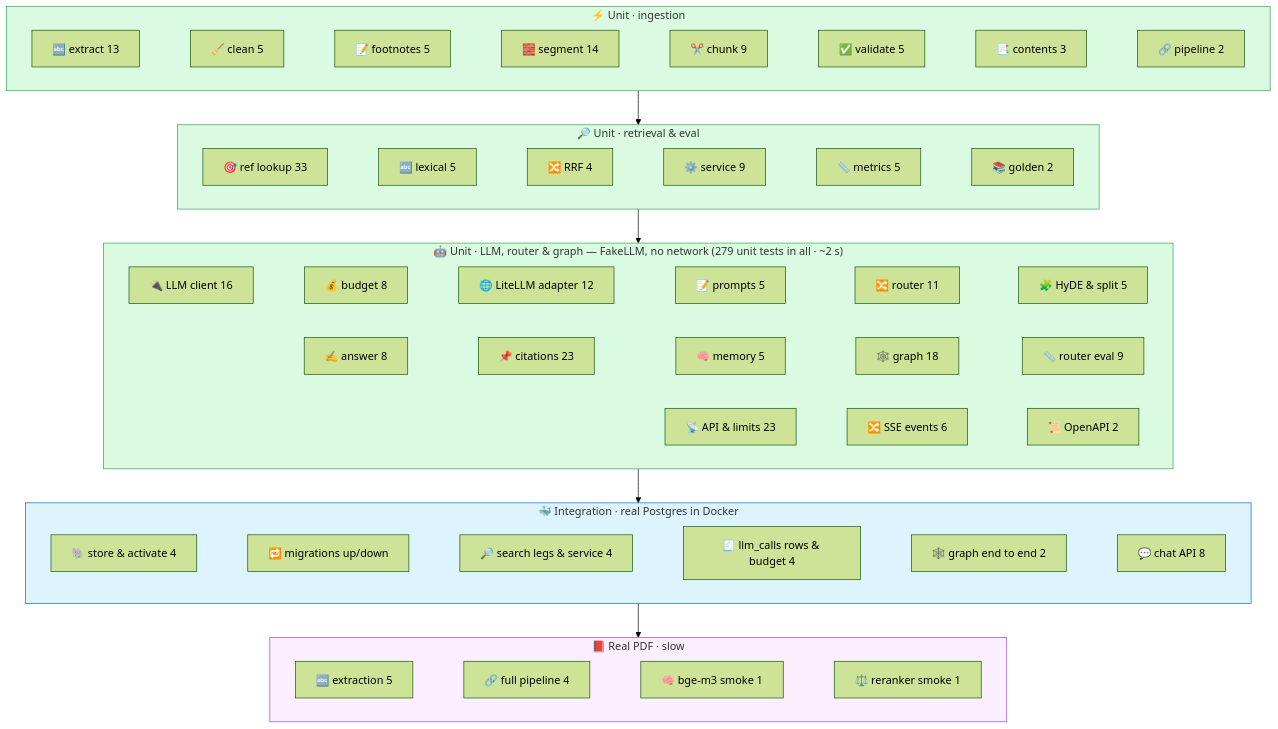
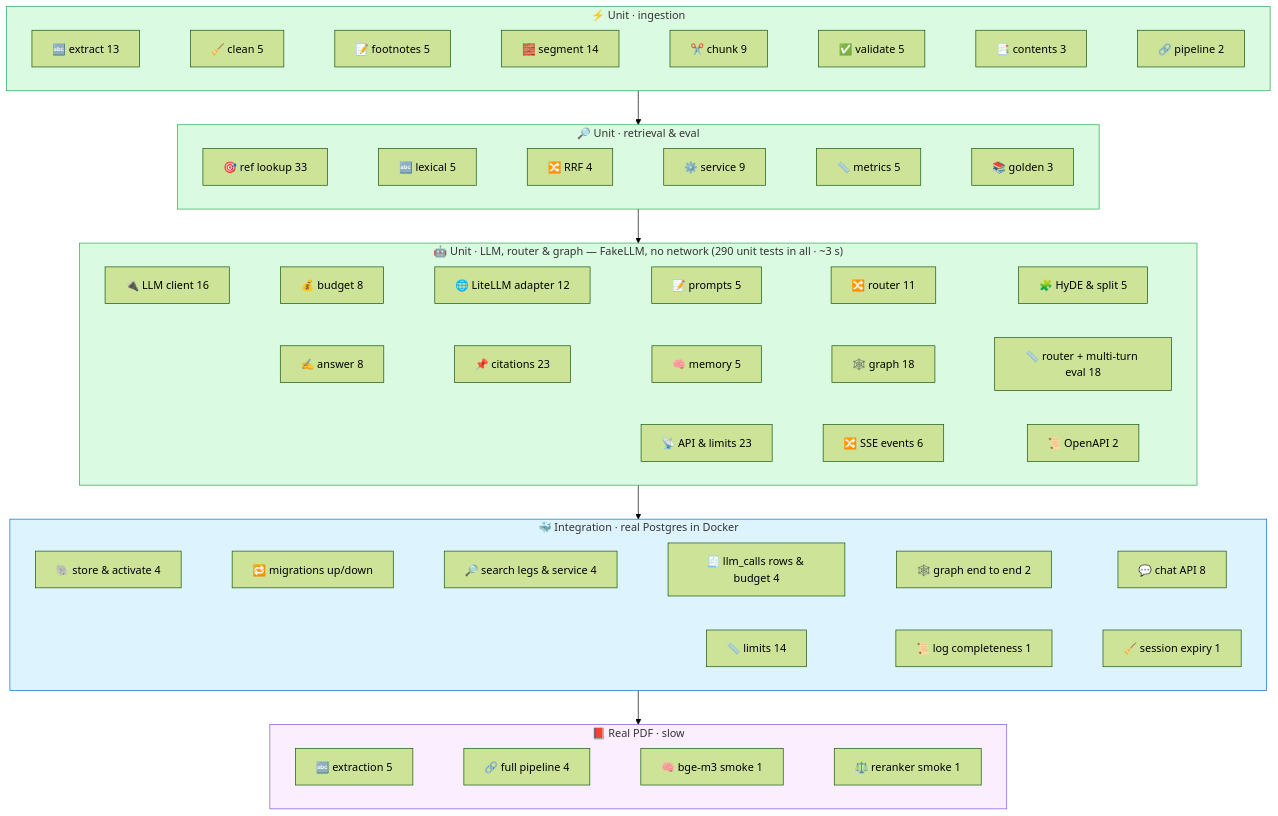
Before and after one commit to sshubham07/anuchhed-ai: the diagram in docs/diagrams/tests.mmd, drawn with Mermaid (forest theme). The commit also changed 35 other files, not shown here.

First line of the commit message:
feat(api): session expiry, multi-turn router eval, log completeness and limit tests (P5.9–P5.12)

```diff
--- a/docs/diagrams/tests.mmd
+++ b/docs/diagrams/tests.mmd
@@ -1,29 +1,30 @@
 flowchart TB
     subgraph U ["⚡ Unit · ingestion"]
         direction LR
         u1["🔤 extract 13"] ~~~ u2["🧹 clean 5"] ~~~ u3["📝 footnotes 5"] ~~~ u4["🧱 segment 14"] ~~~ u5["✂️ chunk 9"] ~~~ u6["✅ validate 5"] ~~~ u7["📑 contents 3"] ~~~ u8["🔗 pipeline 2"]
     end
     subgraph UR ["🔎 Unit · retrieval & eval"]
         direction LR
-        v1["🎯 ref lookup 33"] ~~~ v2["🔤 lexical 5"] ~~~ v3["🔀 RRF 4"] ~~~ v4["⚙️ service 9"] ~~~ v5["📏 metrics 5"] ~~~ v6["📚 golden 2"]
+        v1["🎯 ref lookup 33"] ~~~ v2["🔤 lexical 5"] ~~~ v3["🔀 RRF 4"] ~~~ v4["⚙️ service 9"] ~~~ v5["📏 metrics 5"] ~~~ v6["📚 golden 3"]
     end
-    subgraph UL ["🤖 Unit · LLM, router & graph — FakeLLM, no network  (279 unit tests in all · ~2 s)"]
+    subgraph UL ["🤖 Unit · LLM, router & graph — FakeLLM, no network  (290 unit tests in all · ~3 s)"]
         direction LR
         l1["🔌 LLM client 16"] ~~~ l2["💰 budget 8"] ~~~ l3["🌐 LiteLLM adapter 12"] ~~~ l4["📝 prompts 5"] ~~~ l5["🔀 router 11"] ~~~ l6["🧩 HyDE & split 5"]
-        l7["✍️ answer 8"] ~~~ l8["📌 citations 23"] ~~~ l9["🧠 memory 5"] ~~~ l10["🕸️ graph 18"] ~~~ l11["📏 router eval 9"]
+        l7["✍️ answer 8"] ~~~ l8["📌 citations 23"] ~~~ l9["🧠 memory 5"] ~~~ l10["🕸️ graph 18"] ~~~ l11["📏 router + multi-turn eval 18"]
         l12["📡 API & limits 23"] ~~~ l13["🔀 SSE events 6"] ~~~ l14["📜 OpenAPI 2"]
     end
     subgraph I ["🐳 Integration · real Postgres in Docker"]
         direction LR
         i1["🐘 store & activate 4"] ~~~ i2["🔁 migrations up/down"] ~~~ i3["🔎 search legs & service 4"] ~~~ i4["🧾 llm_calls rows & budget 4"] ~~~ i5["🕸️ graph end to end 2"] ~~~ i6["💬 chat API 8"]
+        i7["📏 limits 14"] ~~~ i8["📜 log completeness 1"] ~~~ i9["🧹 session expiry 1"]
     end
     subgraph R ["📕 Real PDF · slow"]
         direction LR
         r1["🔤 extraction 5"] ~~~ r2["🔗 full pipeline 4"] ~~~ r3["🧠 bge-m3 smoke 1"] ~~~ r4["⚖️ reranker smoke 1"]
     end
     U --> UR --> UL --> I --> R
     style U fill:#dafbe1,stroke:#2ea44f
     style UR fill:#dafbe1,stroke:#2ea44f
     style UL fill:#dafbe1,stroke:#2ea44f
     style I fill:#ddf4ff,stroke:#0969da
     style R fill:#fbefff,stroke:#8250df
```
